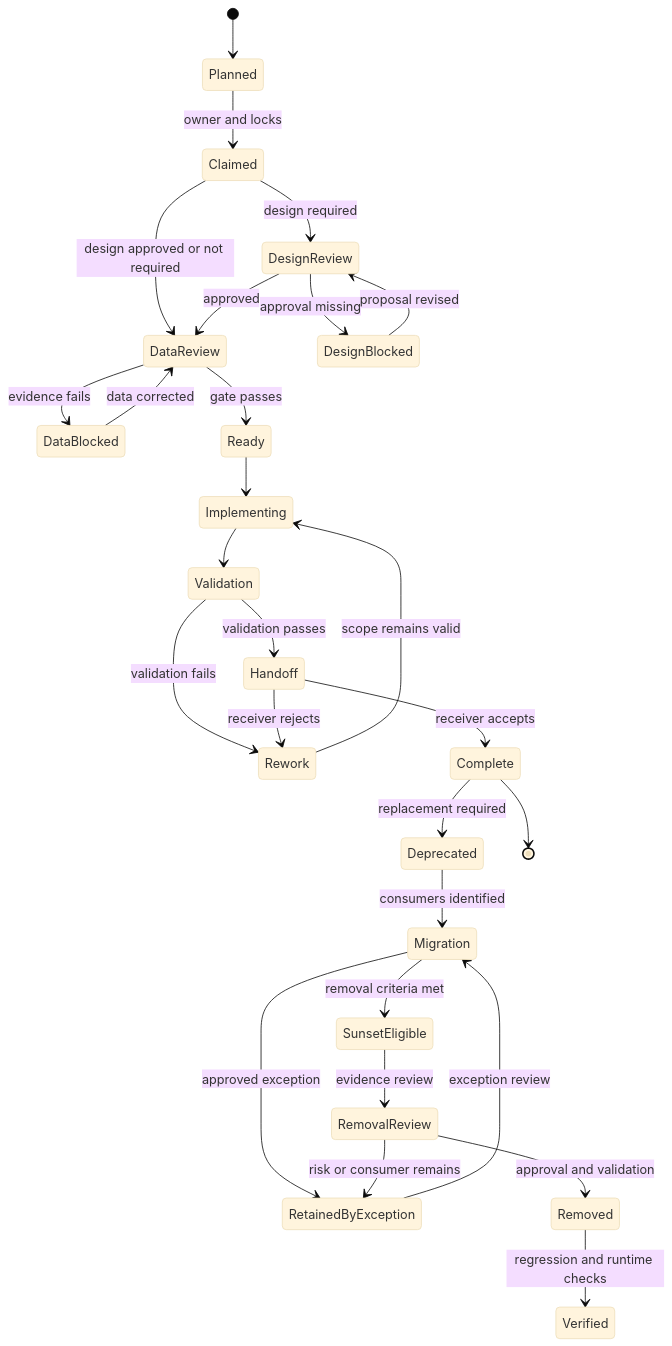
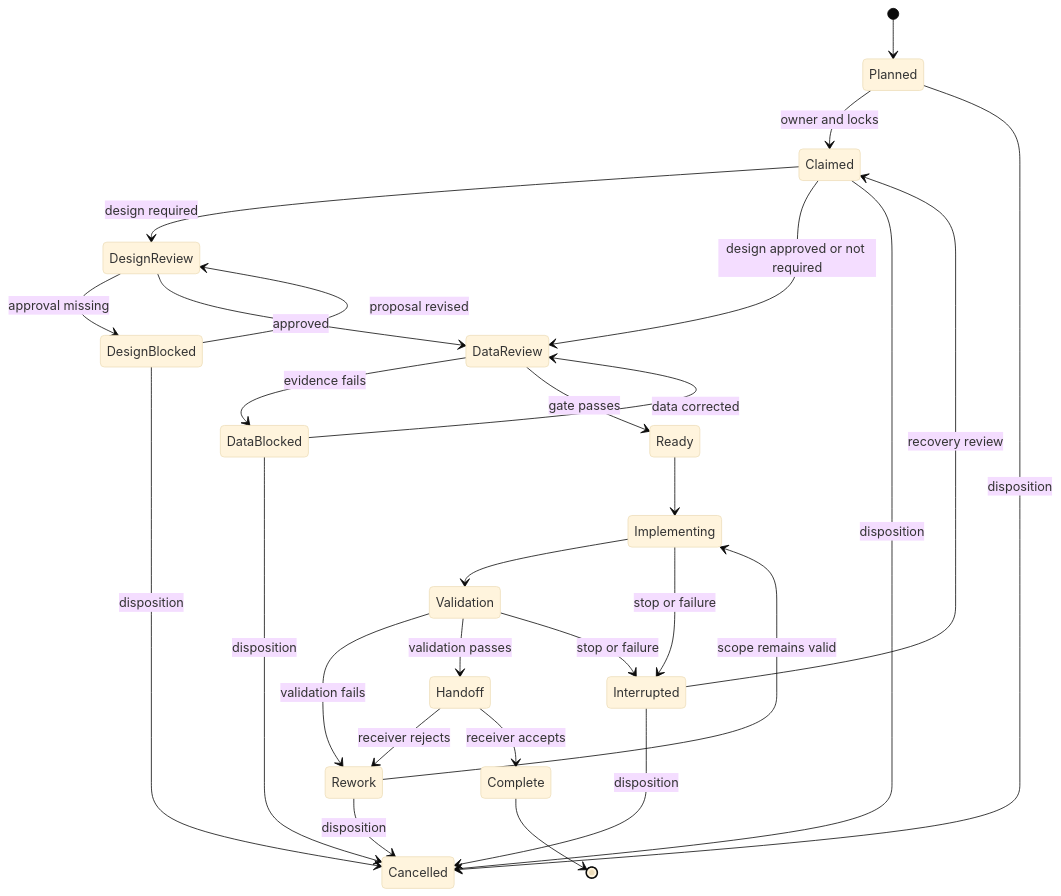
The diagram in skills/phased-engineering-execution/SKILL.md (Rusha-Corp/contract-engineering-skills), drawn with Mermaid (base theme) before and after one commit. The commit also changed other lines of this file and 78 other files, not shown here.

````diff
--- a/skills/phased-engineering-execution/SKILL.md
+++ b/skills/phased-engineering-execution/SKILL.md
@@ -231,30 +268,30 @@
 ```mermaid
 stateDiagram-v2
     [*] --> Planned
     Planned --> Claimed: owner and locks
     Claimed --> DesignReview: design required
     Claimed --> DataReview: design approved or not required
     DesignReview --> DesignBlocked: approval missing
     DesignReview --> DataReview: approved
     DesignBlocked --> DesignReview: proposal revised
     DataReview --> DataBlocked: evidence fails
     DataReview --> Ready: gate passes
     DataBlocked --> DataReview: data corrected
     Ready --> Implementing
     Implementing --> Validation
     Validation --> Rework: validation fails
     Rework --> Implementing: scope remains valid
     Validation --> Handoff: validation passes
     Handoff --> Rework: receiver rejects
     Handoff --> Complete: receiver accepts
-    Complete --> Deprecated: replacement required
-    Deprecated --> Migration: consumers identified
-    Migration --> SunsetEligible: removal criteria met
-    Migration --> RetainedByException: approved exception
-    RetainedByException --> Migration: exception review
-    SunsetEligible --> RemovalReview: evidence review
-    RemovalReview --> Removed: approval and validation
-    RemovalReview --> RetainedByException: risk or consumer remains
-    Removed --> Verified: regression and runtime checks
+    Implementing --> Interrupted: stop or failure
+    Validation --> Interrupted: stop or failure
+    Interrupted --> Claimed: recovery review
+    Interrupted --> Cancelled: disposition
+    Planned --> Cancelled: disposition
+    Claimed --> Cancelled: disposition
+    Rework --> Cancelled: disposition
+    DesignBlocked --> Cancelled: disposition
+    DataBlocked --> Cancelled: disposition
     Complete --> [*]
 ```
````
